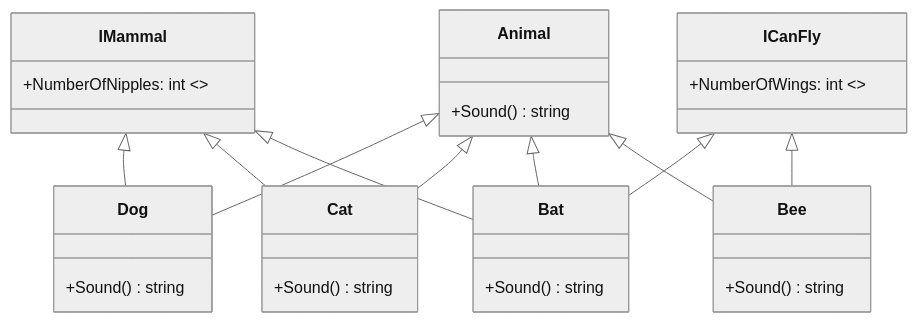
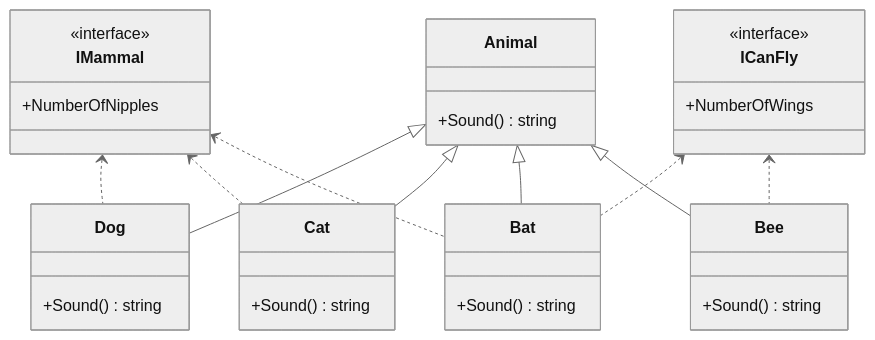
The diagram in AnimalKingdom/README.md (SimonXPTO/LP1Semana09), drawn with Mermaid (neutral theme) before and after one commit.

````diff
--- a/AnimalKingdom/README.md
+++ b/AnimalKingdom/README.md
@@ -1,42 +1,42 @@
 ``` mermaid
 
 
 classDiagram
     Animal <|-- Dog
     Animal <|-- Cat
     Animal <|-- Bat
     Animal <|-- Bee
-    IMammal <|-- Dog
-    IMammal <|-- Cat
-    IMammal <|-- Bat
-    ICanFly <|-- Bat
-    ICanFly <|-- Bee
+    IMammal <.. Dog
+    IMammal <.. Cat
+    IMammal <.. Bat
+    ICanFly <.. Bat
+    ICanFly <.. Bee
 
     class Animal {
         +Sound() string
     }
 
     class Dog {
         +Sound() string
     }
 
     class Cat {
         +Sound() string
     }
 
     class Bat {
         +Sound() string
     }
 
     class Bee {
         +Sound() string
     }
 
-    class IMammal{
-        +NumberOfNipples: int <<readOnly>>
-    }
+    <<interface>> IMammal
+    IMammal : +NumberOfNipples
+
+    <<interface>> ICanFly 
+    ICanFly: +NumberOfWings
     
-    class ICanFly {
-        +NumberOfWings: int <<readOnly>>
-    }
+
 ```
````
